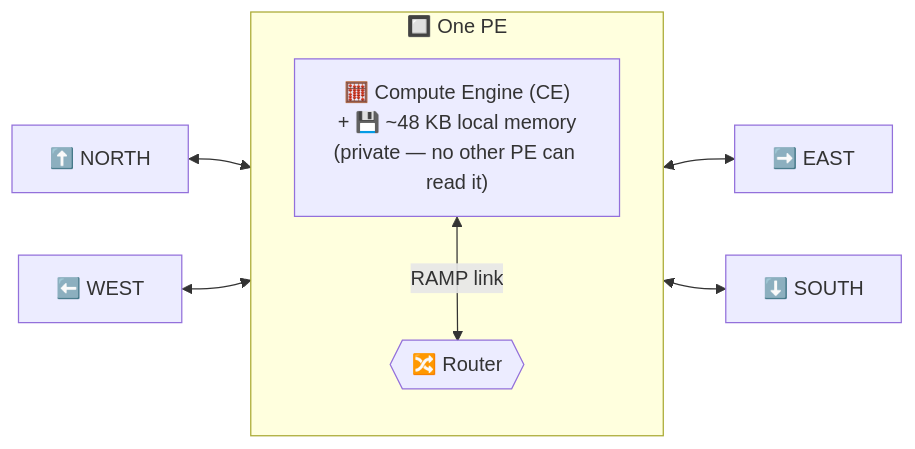
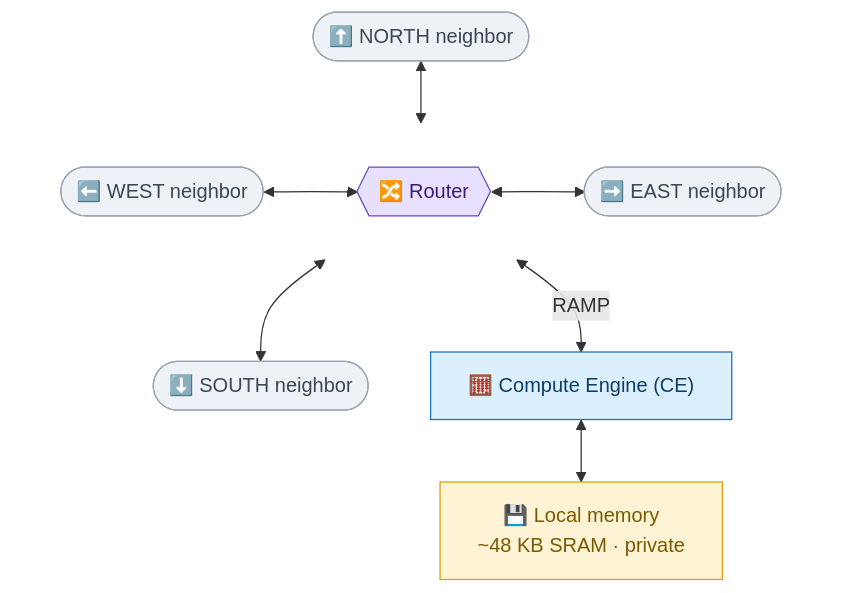
Before and after one commit to vksastry/ATPESC_MachineLearning: the first of 3 diagrams in 04_AI_testbed/Cerebras/CSL/README.md, drawn with Mermaid.

Commit message:
CSL README: PE diagram as compass cross; separate/colored CE, memory, router

````diff
--- a/04_AI_testbed/Cerebras/CSL/README.md
+++ b/04_AI_testbed/Cerebras/CSL/README.md
@@ -39,13 +39,22 @@
 ```mermaid
-flowchart LR
-    subgraph PE["🔲 One PE"]
-      direction TB
-      CE["🧮 Compute Engine (CE)<br/>+ 💾 ~48 KB local memory<br/>(private — no other PE can read it)"]
-      R{{"🔀 Router"}}
-      CE <-->|"RAMP link"| R
+flowchart TB
+    N(["⬆️ NORTH neighbor"])
+    subgraph fabric[" "]
+      direction LR
+      W(["⬅️ WEST neighbor"]) <--> R{{"🔀 Router"}} <--> E(["➡️ EAST neighbor"])
     end
-    N["⬆️ NORTH"] <--> R
-    W["⬅️ WEST"] <--> R
-    R <--> E["➡️ EAST"]
-    R <--> S["⬇️ SOUTH"]
+    S(["⬇️ SOUTH neighbor"])
+    N <--> R
+    R <--> S
+    R <-->|"RAMP"| CE["🧮 Compute Engine (CE)"]
+    CE <--> MEM["💾 Local memory<br/>~48 KB SRAM · private"]
+    style fabric fill:transparent,stroke:transparent
+    classDef router fill:#e8e0ff,stroke:#6b46c1,color:#3c1a78
+    classDef ce fill:#dcefff,stroke:#1d6fb8,color:#0b3d66
+    classDef mem fill:#fff3d6,stroke:#e0a000,color:#7a5a00
+    classDef nbr fill:#eef1f5,stroke:#9aa5b1,color:#3a4756
+    class R router
+    class CE ce
+    class MEM mem
+    class N,S,W,E nbr
 ```
````
